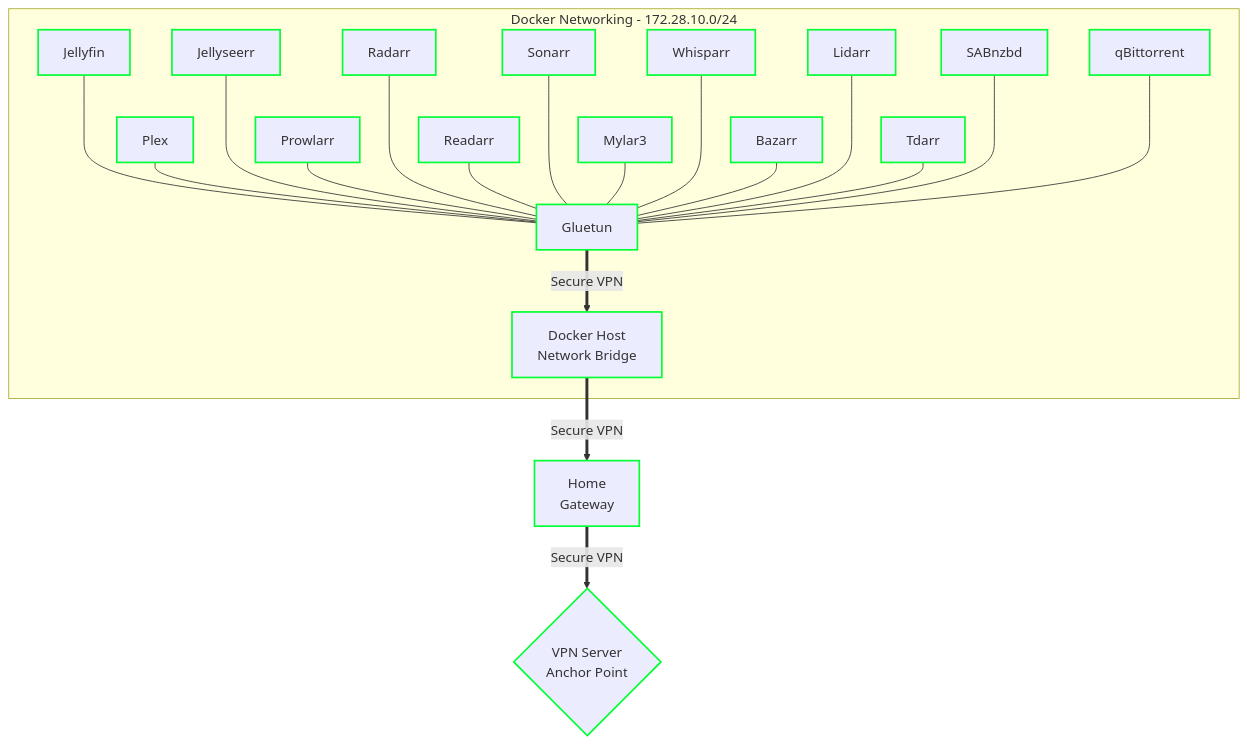
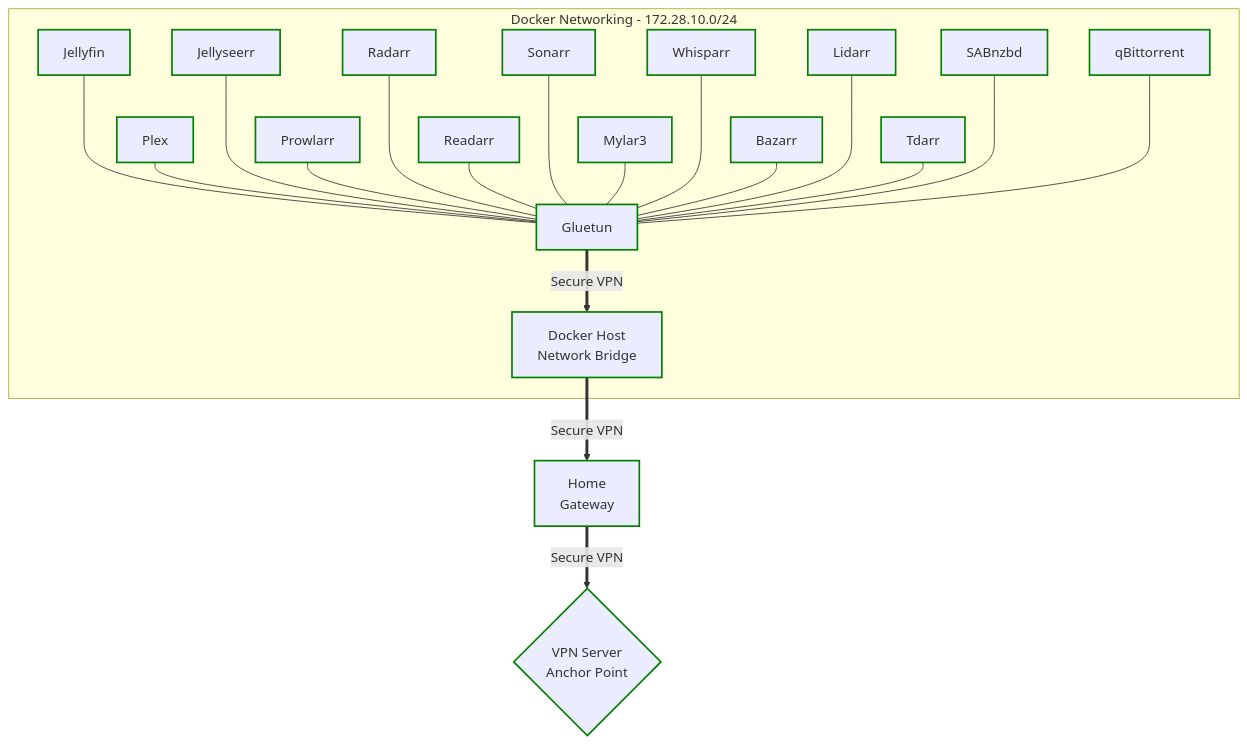
Before and after one commit to geekau/mediastack: the first of 4 diagrams in README.md, drawn with Mermaid. The commit also changed other lines of this file, not shown here.

````diff
--- a/README.md
+++ b/README.md
@@ -102,42 +110,42 @@
 ``` mermaid
 graph TD
     subgraph DockerNet[<center>Docker Networking - 172.28.10.0/24</center>]
         Jellyfin ---- Gluetun
         Plex --- Gluetun
         Jellyseerr ---- Gluetun
         Prowlarr --- Gluetun
         Radarr ---- Gluetun
         Readarr --- Gluetun
         Sonarr ---- Gluetun
         Mylar3 --- Gluetun
         Whisparr ---- Gluetun
         Bazarr --- Gluetun
         Lidarr ---- Gluetun
         Tdarr --- Gluetun
         SABnzbd ---- Gluetun
         NIC[Docker Host</br>Network Bridge]
         qBittorrent ---- Gluetun
     end
     Gluetun ==>| Secure VPN | NIC
     NIC ==>| Secure VPN | Gateway[<center>Home</br>Gateway</center>]
     Gateway ==>|Secure VPN |VPN{<center>VPN Server</br>Anchor Point</center>}
     
-    style Bazarr      stroke:#00FF33,stroke-width:2px
-    style Lidarr      stroke:#00FF33,stroke-width:2px
-    style Mylar3      stroke:#00FF33,stroke-width:2px
-    style Prowlarr    stroke:#00FF33,stroke-width:2px
-    style Radarr      stroke:#00FF33,stroke-width:2px
-    style Readarr     stroke:#00FF33,stroke-width:2px
-    style Sonarr      stroke:#00FF33,stroke-width:2px
-    style Tdarr       stroke:#00FF33,stroke-width:2px
-    style Whisparr    stroke:#00FF33,stroke-width:2px
-    style Jellyfin    stroke:#00FF33,stroke-width:2px
-    style Plex        stroke:#00FF33,stroke-width:2px
-    style qBittorrent stroke:#00FF33,stroke-width:2px
-    style Jellyseerr  stroke:#00FF33,stroke-width:2px
-    style SABnzbd     stroke:#00FF33,stroke-width:2px
-    style Gluetun     stroke:#00FF33,stroke-width:2px
-    style NIC         stroke:#00FF33,stroke-width:2px
-    style Gateway     stroke:#00FF33,stroke-width:2px
-    style VPN         stroke:#00FF33,stroke-width:2px
+    style Bazarr      stroke:green,stroke-width:2px
+    style Lidarr      stroke:green,stroke-width:2px
+    style Mylar3      stroke:green,stroke-width:2px
+    style Prowlarr    stroke:green,stroke-width:2px
+    style Radarr      stroke:green,stroke-width:2px
+    style Readarr     stroke:green,stroke-width:2px
+    style Sonarr      stroke:green,stroke-width:2px
+    style Tdarr       stroke:green,stroke-width:2px
+    style Whisparr    stroke:green,stroke-width:2px
+    style Jellyfin    stroke:green,stroke-width:2px
+    style Plex        stroke:green,stroke-width:2px
+    style qBittorrent stroke:green,stroke-width:2px
+    style Jellyseerr  stroke:green,stroke-width:2px
+    style SABnzbd     stroke:green,stroke-width:2px
+    style Gluetun     stroke:green,stroke-width:2px
+    style NIC         stroke:green,stroke-width:2px
+    style Gateway     stroke:green,stroke-width:2px
+    style VPN         stroke:green,stroke-width:2px
 ```
````
